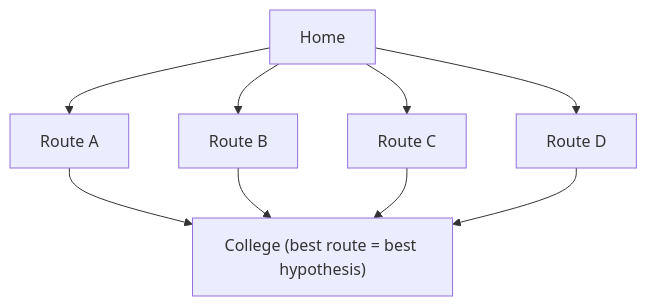
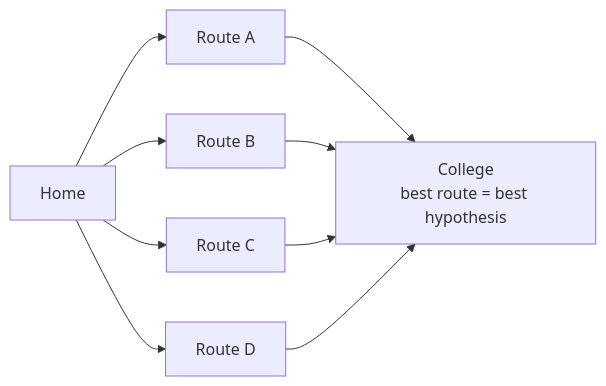
Before and after one commit to SureshAmal/learnmaker: the ninth of 14 diagrams in ml-course/unit-3.md, drawn with Mermaid. The commit also changed other lines of this file and 668 other files, not shown here.

````diff
--- a/ml-course/unit-3.md
+++ b/ml-course/unit-3.md
@@ -341,11 +574,11 @@
 ```mermaid
-flowchart TD
+flowchart LR
     H["Home"] --> A["Route A"]
     H --> B["Route B"]
     H --> C["Route C"]
     H --> D["Route D"]
-    A --> G["College (best route = best hypothesis)"]
+    A --> G["College<br/>best route = best hypothesis"]
     B --> G
     C --> G
     D --> G
 ```
````
